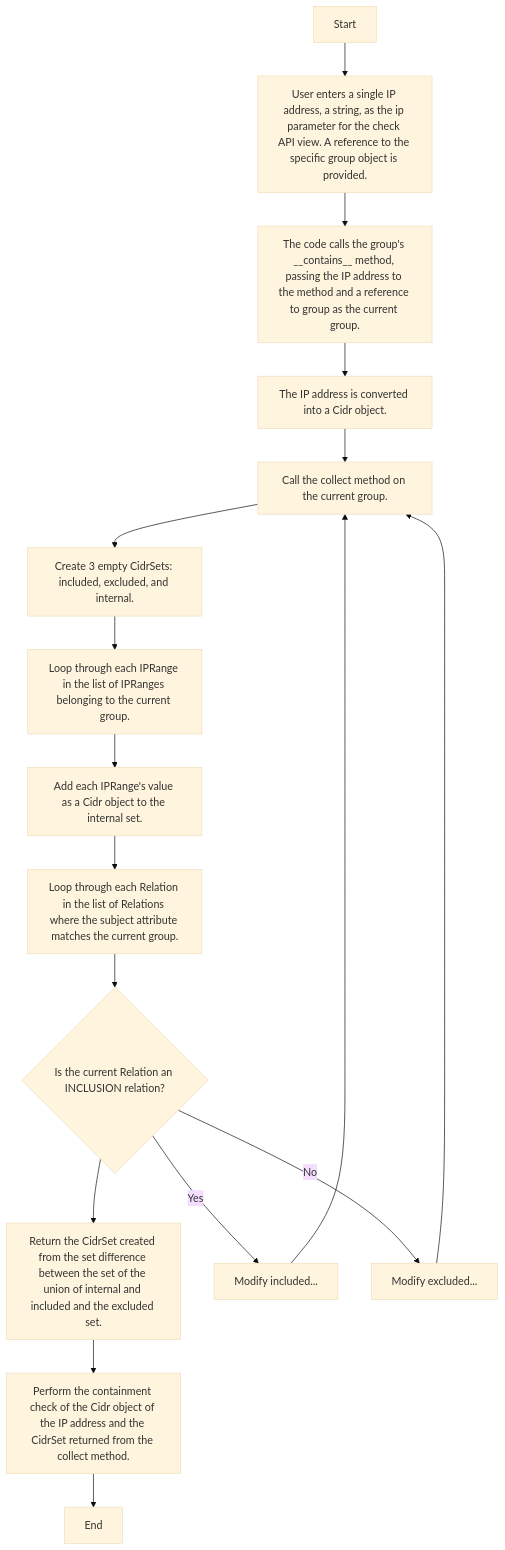
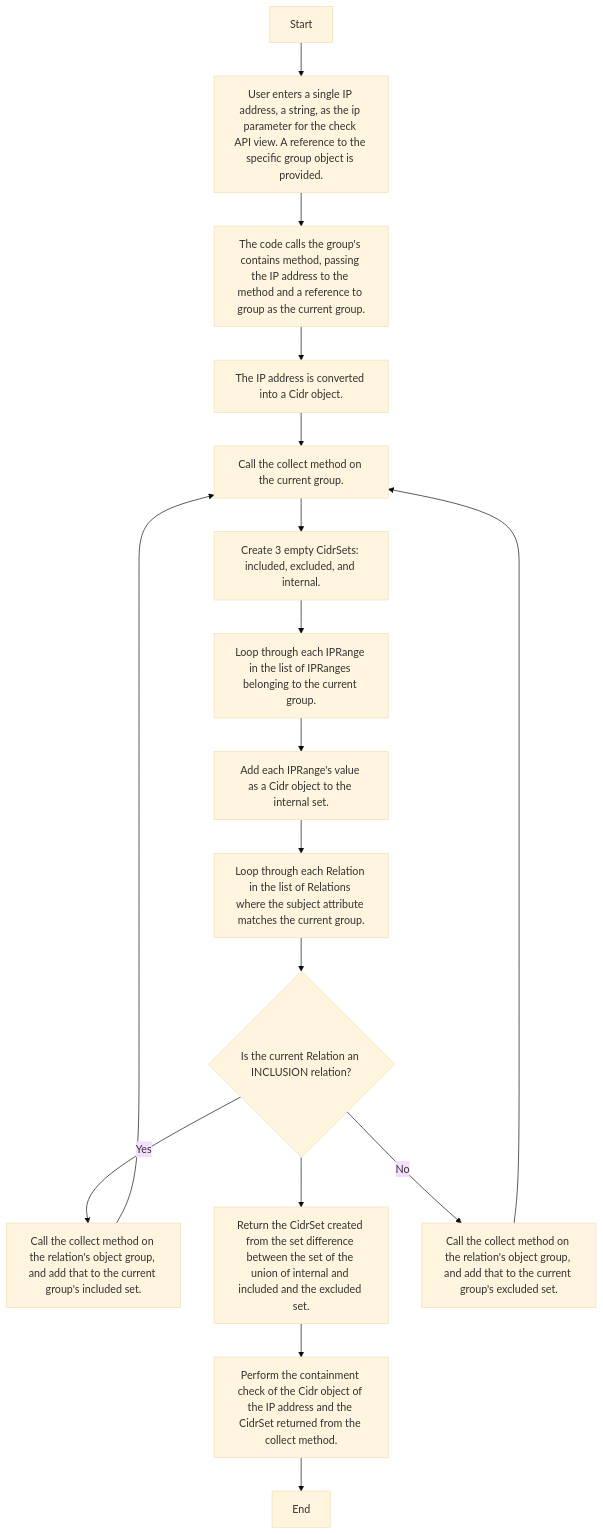
The diagram in docs/ip-containment-doc.md (neoladsouza/ipmanager-django), drawn with Mermaid (base theme) before and after one commit.

Commit message:
Finished writing the outcomes of the decision block, reordered some of the nodes to make the diagram more readable.

````diff
--- a/docs/ip-containment-doc.md
+++ b/docs/ip-containment-doc.md
@@ -8,20 +8,21 @@
 ```mermaid
     flowchart TD
-        Start --> user_input --> check1 --> convert --> call_collect --> create_sets --> loop1 --> populate_internal --> loop2 --> check_relation --> return_collect --> return_check1 --> End
+        Start --> user_input --> check1 --> convert --> call_collect --> create_sets --> loop1 --> populate_internal --> loop2 --> check_relation
         check_relation-- Yes --> modify_included --> call_collect
+        check_relation --> return_collect --> return_check1 --> End
         check_relation-- No --> modify_excluded --> call_collect
+        
         user_input[User enters a single IP address, a string, as the ip parameter for the check API view. A reference to the specific group object is provided.]
-        check1[The code calls the group's __contains__ method, passing the IP address to the method and a reference to group as the current group.]
+        check1[The code calls the group's contains method, passing the IP address to the method and a reference to group as the current group.]
         convert[The IP address is converted into a Cidr object.]
         call_collect[Call the collect method on the current group.]
         create_sets[Create 3 empty CidrSets: included, excluded, and internal.]
         loop1[Loop through each IPRange in the list of IPRanges belonging to the current group.]
         populate_internal[Add each IPRange's value as a Cidr object to the internal set.]
         loop2[Loop through each Relation in the list of Relations where the subject attribute matches the current group.]
         check_relation{Is the current Relation an INCLUSION relation?}
-        modify_included[Modify included...]
-        modify_excluded[Modify excluded...]
+        modify_included[Call the collect method on the relation's object group, and add that to the current group's included set.]
+        modify_excluded[Call the collect method on the relation's object group, and add that to the current group's excluded set.]
         return_collect[Return the CidrSet created from the set difference between the set of the union of internal and included and the excluded set.]
         return_check1[Perform the containment check of the Cidr object of the IP address and the CidrSet returned from the collect method.]
-        
 ```
````
